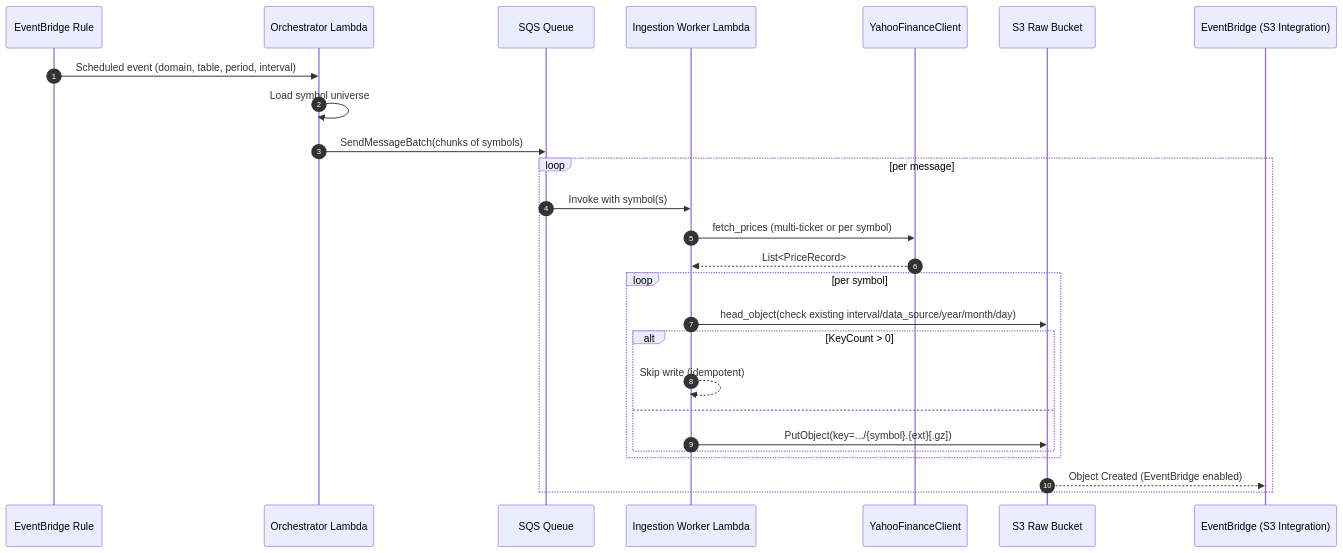
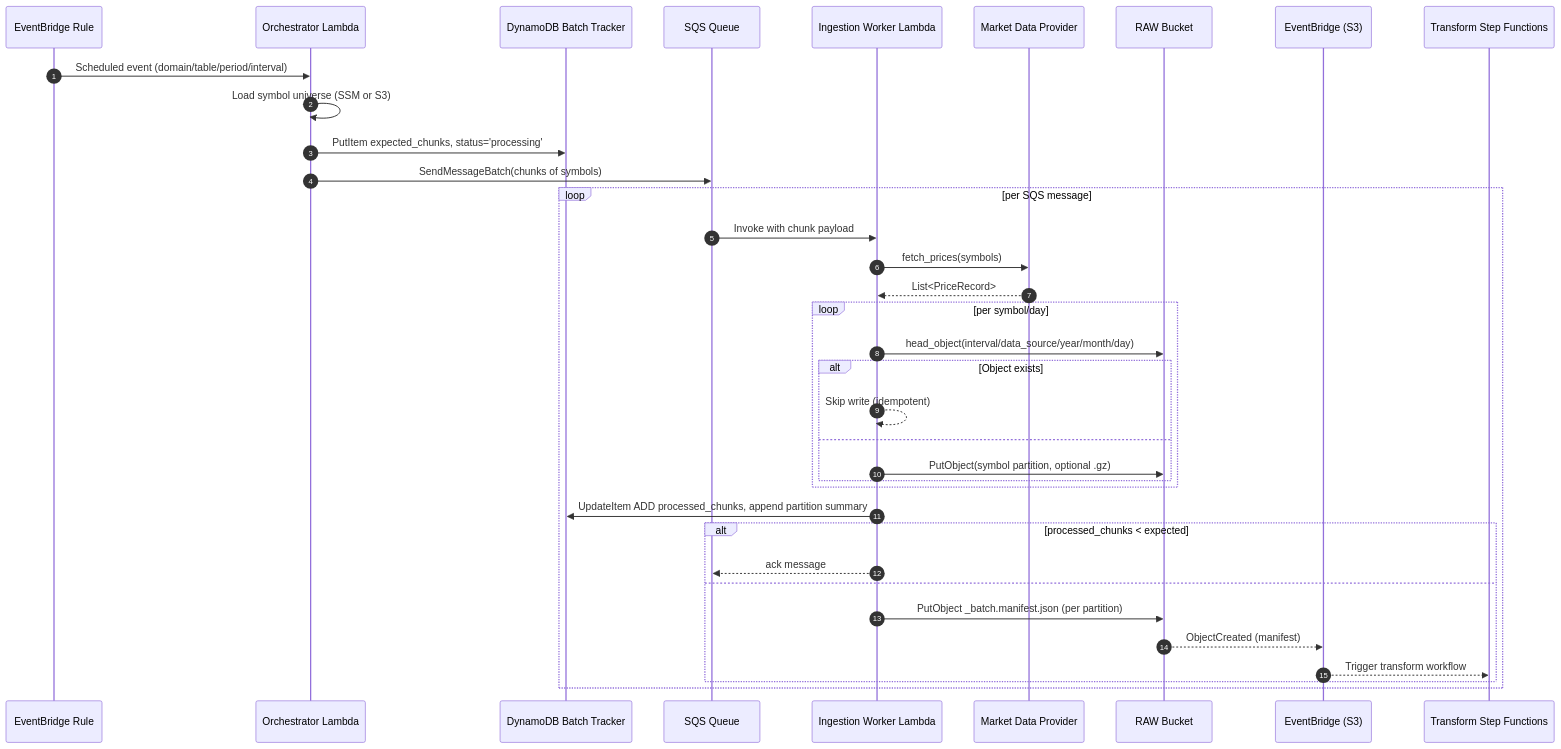
Before and after one commit to keemgdeok/fin-forge-pipeline: the diagram in docs/diagrams/extract/03-sequence.md, drawn with Mermaid. The commit also changed 10 other files, not shown here.

````diff
--- a/docs/diagrams/extract/03-sequence.md
+++ b/docs/diagrams/extract/03-sequence.md
@@ -1,30 +1,41 @@
 ```mermaid
 sequenceDiagram
   autonumber
   participant EV as EventBridge Rule
   participant ORC as Orchestrator Lambda
+  participant DDB as DynamoDB Batch Tracker
   participant SQS as SQS Queue
   participant WRK as Ingestion Worker Lambda
-  participant YF as YahooFinanceClient
-  participant S3 as S3 Raw Bucket
-  participant EB as EventBridge (S3 Integration)
+  participant PRV as Market Data Provider
+  participant S3 as RAW Bucket
+  participant EB as EventBridge (S3)
+  participant SF as Transform Step Functions
 
-  EV->>ORC: Scheduled event (domain, table, period, interval)
-  ORC->>ORC: Load symbol universe
+  EV->>ORC: Scheduled event (domain/table/period/interval)
+  ORC->>ORC: Load symbol universe (SSM or S3)
+  ORC->>DDB: PutItem expected_chunks, status='processing'
   ORC->>SQS: SendMessageBatch(chunks of symbols)
-  loop per message
-    SQS->>WRK: Invoke with symbol(s)
-    WRK->>YF: fetch_prices (multi-ticker or per symbol)
-    YF-->>WRK: List<PriceRecord>
-    loop per symbol
-  WRK->>S3: head_object(check existing interval/data_source/year/month/day)
-      alt KeyCount > 0
+
+  loop per SQS message
+    SQS->>WRK: Invoke with chunk payload
+    WRK->>PRV: fetch_prices(symbols)
+    PRV-->>WRK: List<PriceRecord>
+    loop per symbol/day
+      WRK->>S3: head_object(interval/data_source/year/month/day)
+      alt Object exists
         WRK-->>WRK: Skip write (idempotent)
       else
-        WRK->>S3: PutObject(key=.../{symbol}.{ext}[.gz])
+        WRK->>S3: PutObject(symbol partition, optional .gz)
       end
     end
-    S3-->>EB: Object Created (EventBridge enabled)
+    WRK->>DDB: UpdateItem ADD processed_chunks, append partition summary
+    alt processed_chunks < expected
+      WRK-->>SQS: ack message
+    else
+      WRK->>S3: PutObject _batch.manifest.json (per partition)
+      S3-->>EB: ObjectCreated (manifest)
+      EB-->>SF: Trigger transform workflow
+    end
   end
 
 ```
````
